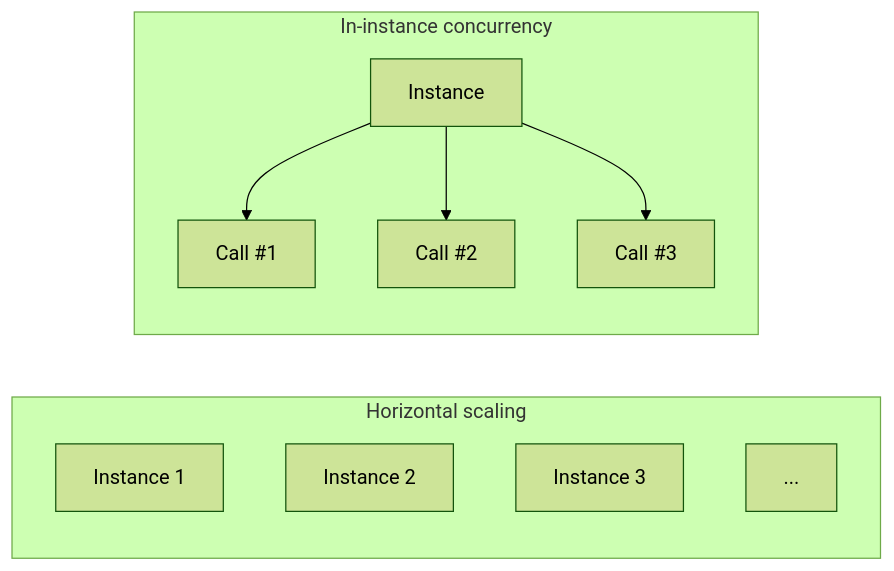
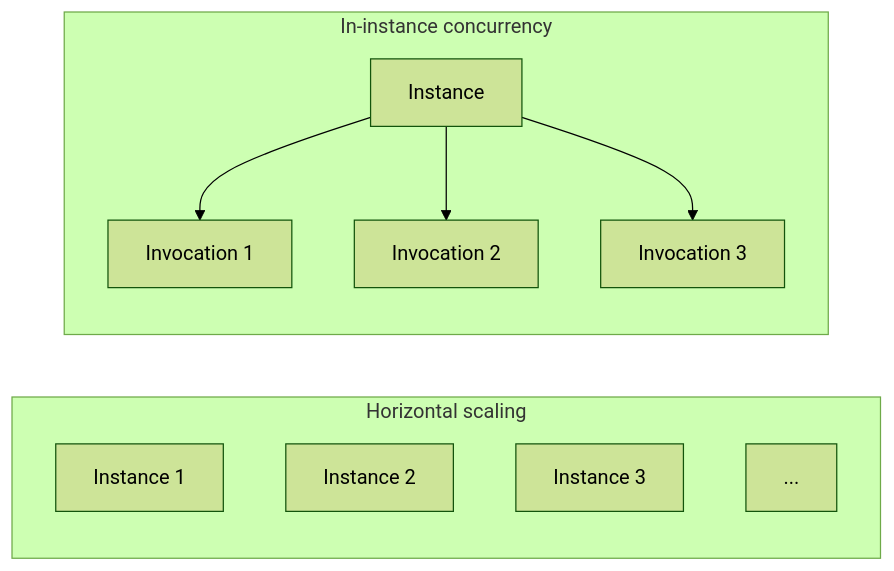
The first of 4 diagrams in azure-functions-101/en/06-scaling-and-cold-start.md (yeongseon-books/book-content), drawn with Mermaid (forest theme) before and after one commit. The commit also changed other lines of this file and 42 other files, not shown here.

First line of the commit message:
fix: 오라클 리뷰 반영 — Functions 101/Deep Dive 사실관계·톤·다이어그램 정리, App Service 101 ko/en 재구조화

````diff
--- a/azure-functions-101/en/06-scaling-and-cold-start.md
+++ b/azure-functions-101/en/06-scaling-and-cold-start.md
@@ -18,16 +18,16 @@
 ```mermaid
 flowchart LR
     subgraph ScaleOut [Horizontal scaling]
         I1[Instance 1]
         I2[Instance 2]
         I3[Instance 3]
         Idot[...]
     end
 
     subgraph Concurrency [In-instance concurrency]
         Inst[Instance]
-        Inst --> C1[Call #1]
-        Inst --> C2[Call #2]
-        Inst --> C3[Call #3]
+        Inst --> C1[Invocation 1]
+        Inst --> C2[Invocation 2]
+        Inst --> C3[Invocation 3]
     end
 ```
````
